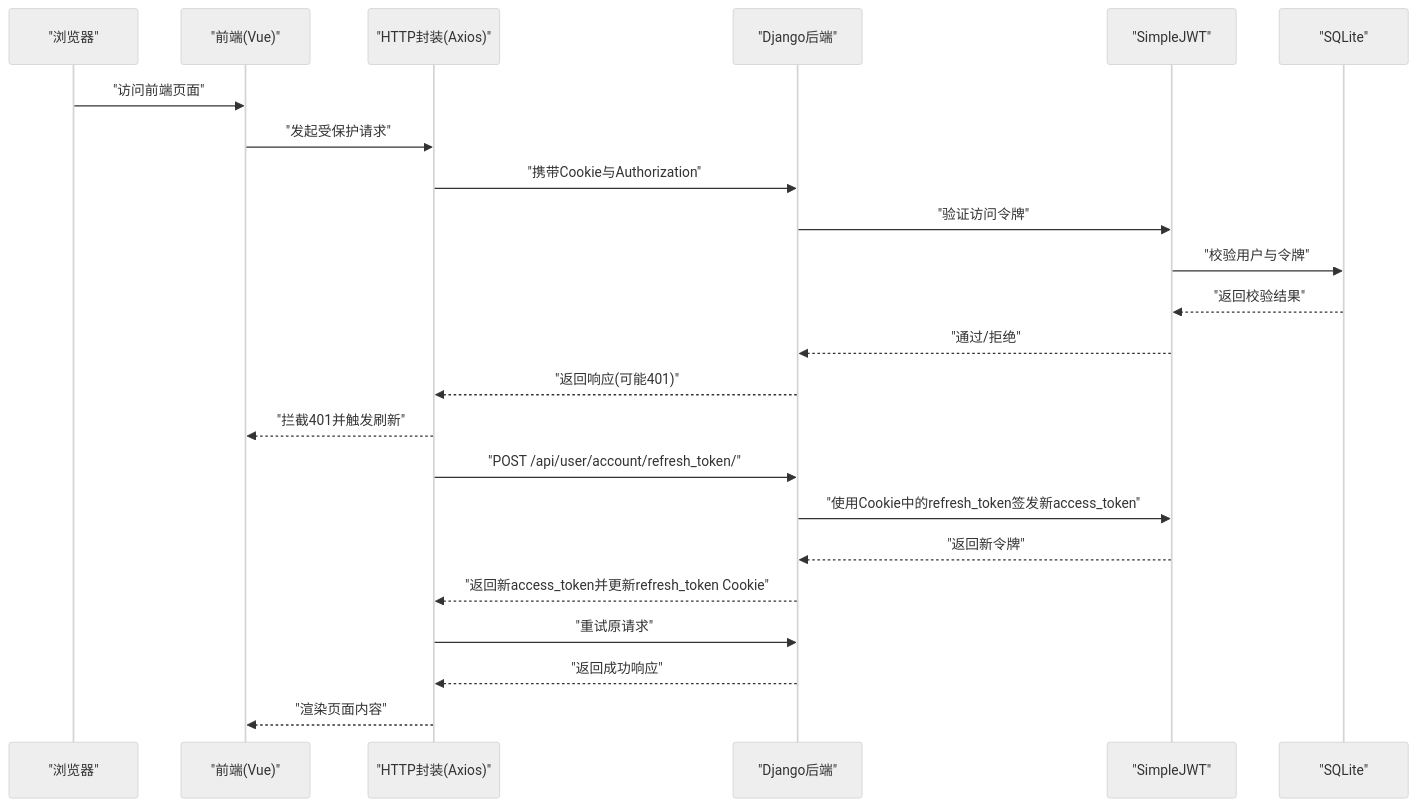
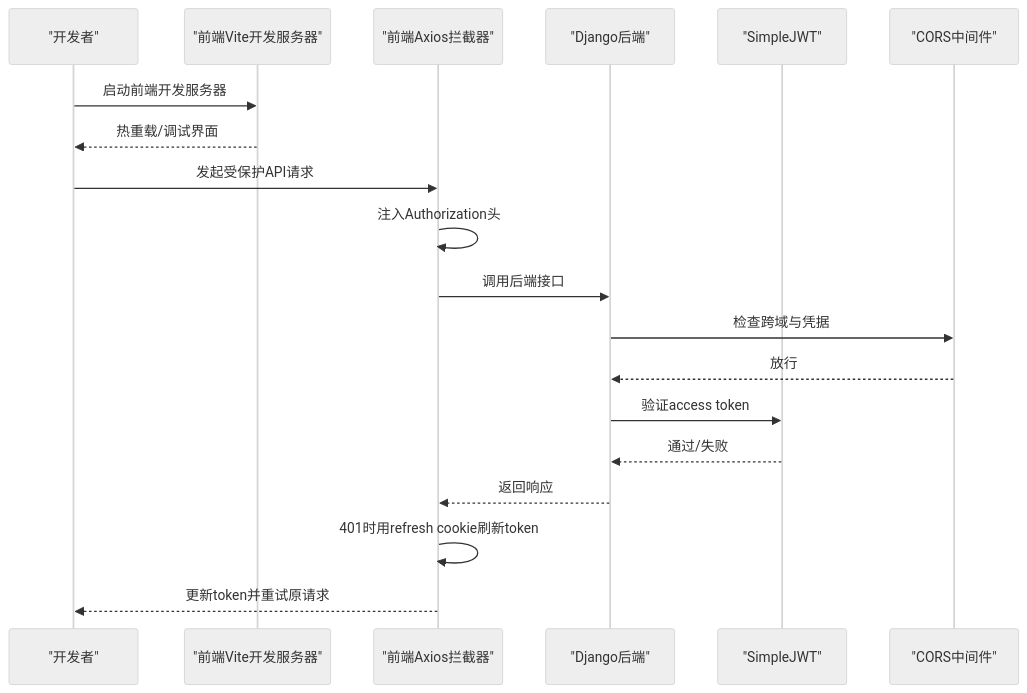
One commit to Blaipchi/LLM_AIfriends changed the second of 5 diagrams in .qoder/repowiki/zh/content/部署指南/开发环境部署.md. Above: the diagram before and after it, drawn with Mermaid (neutral theme). The commit also changed other lines of this file and 89 other files, not shown here.

````diff
--- a/.qoder/repowiki/zh/content/部署指南/开发环境部署.md
+++ b/.qoder/repowiki/zh/content/部署指南/开发环境部署.md
@@ -130,25 +109,21 @@
 ```mermaid
 sequenceDiagram
-participant Browser as "浏览器"
-participant Front as "前端(Vue)"
-participant API as "HTTP封装(Axios)"
+participant Dev as "开发者"
+participant FE as "前端Vite开发服务器"
+participant Axios as "前端Axios拦截器"
 participant DJ as "Django后端"
 participant JWT as "SimpleJWT"
-participant DB as "SQLite"
-Browser->>Front : "访问前端页面"
-Front->>API : "发起受保护请求"
-API->>DJ : "携带Cookie与Authorization"
-DJ->>JWT : "验证访问令牌"
-JWT->>DB : "校验用户与令牌"
-DB-->>JWT : "返回校验结果"
-JWT-->>DJ : "通过/拒绝"
-DJ-->>API : "返回响应(可能401)"
-API-->>Front : "拦截401并触发刷新"
-API->>DJ : "POST /api/user/account/refresh_token/"
-DJ->>JWT : "使用Cookie中的refresh_token签发新access_token"
-JWT-->>DJ : "返回新令牌"
-DJ-->>API : "返回新access_token并更新refresh_token Cookie"
-API->>DJ : "重试原请求"
-DJ-->>API : "返回成功响应"
-API-->>Front : "渲染页面内容"
+participant CORS as "CORS中间件"
+Dev->>FE : 启动前端开发服务器
+FE-->>Dev : 热重载/调试界面
+Dev->>Axios : 发起受保护API请求
+Axios->>Axios : 注入Authorization头
+Axios->>DJ : 调用后端接口
+DJ->>CORS : 检查跨域与凭据
+CORS-->>DJ : 放行
+DJ->>JWT : 验证access token
+JWT-->>DJ : 通过/失败
+DJ-->>Axios : 返回响应
+Axios->>Axios : 401时用refresh cookie刷新token
+Axios-->>Dev : 更新token并重试原请求
 ```
````
